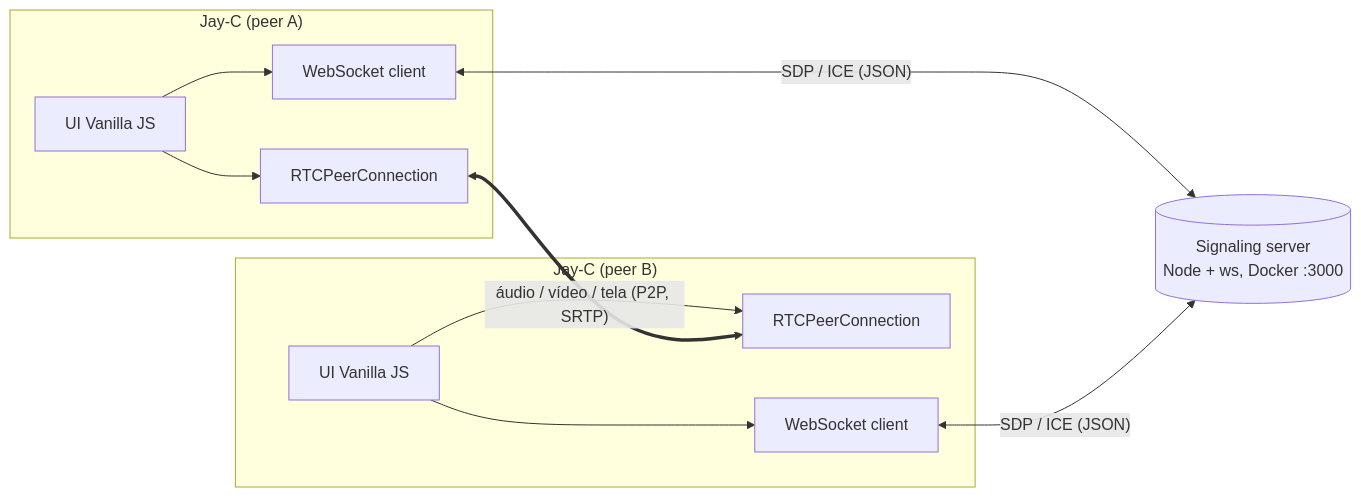
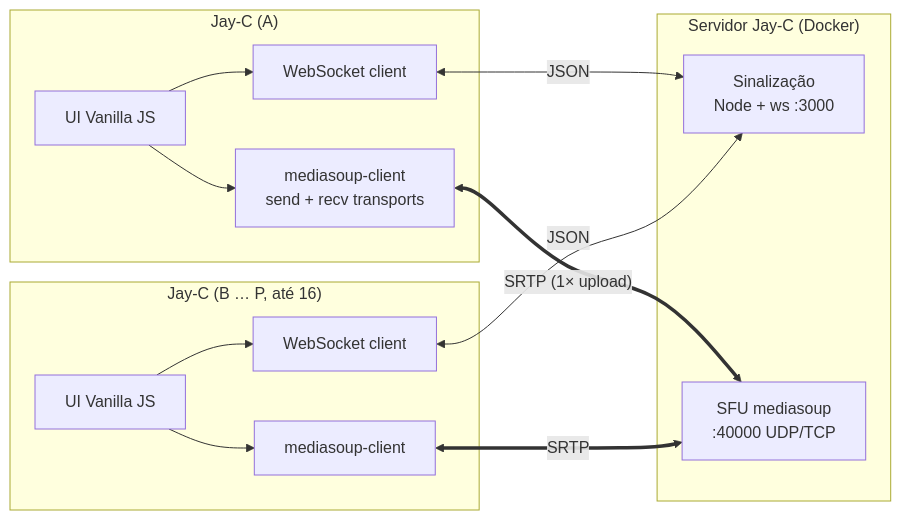
The first of 2 diagrams in docs/ARQUITETURA.md (TyxMatty/Jay-C), drawn with Mermaid before and after one commit. The commit also changed other lines of this file and 18 other files, not shown here.

````diff
--- a/docs/ARQUITETURA.md
+++ b/docs/ARQUITETURA.md
@@ -7,14 +7,19 @@
 ```mermaid
 flowchart LR
-  subgraph A["Jay-C (peer A)"]
-    UIA[UI Vanilla JS] --> RTCA[RTCPeerConnection]
+  subgraph A["Jay-C (A)"]
+    UIA[UI Vanilla JS] --> MSA[mediasoup-client<br/>send + recv transports]
     UIA --> WSA[WebSocket client]
   end
-  subgraph B["Jay-C (peer B)"]
-    UIB[UI Vanilla JS] --> RTCB[RTCPeerConnection]
+  subgraph B["Jay-C (B … P, até 16)"]
+    UIB[UI Vanilla JS] --> MSB[mediasoup-client]
     UIB --> WSB[WebSocket client]
   end
-  WSA <-- "SDP / ICE (JSON)" --> S[(Signaling server<br/>Node + ws, Docker :3000)]
-  WSB <-- "SDP / ICE (JSON)" --> S
-  RTCA <== "áudio / vídeo / tela (P2P, SRTP)" ==> RTCB
+  subgraph S["Servidor Jay-C (Docker)"]
+    SIG[Sinalização<br/>Node + ws :3000]
+    SFU[SFU mediasoup<br/>:40000 UDP/TCP]
+  end
+  WSA <-- "JSON" --> SIG
+  WSB <-- "JSON" --> SIG
+  MSA <== "SRTP (1× upload)" ==> SFU
+  MSB <== "SRTP" ==> SFU
 ```
````
